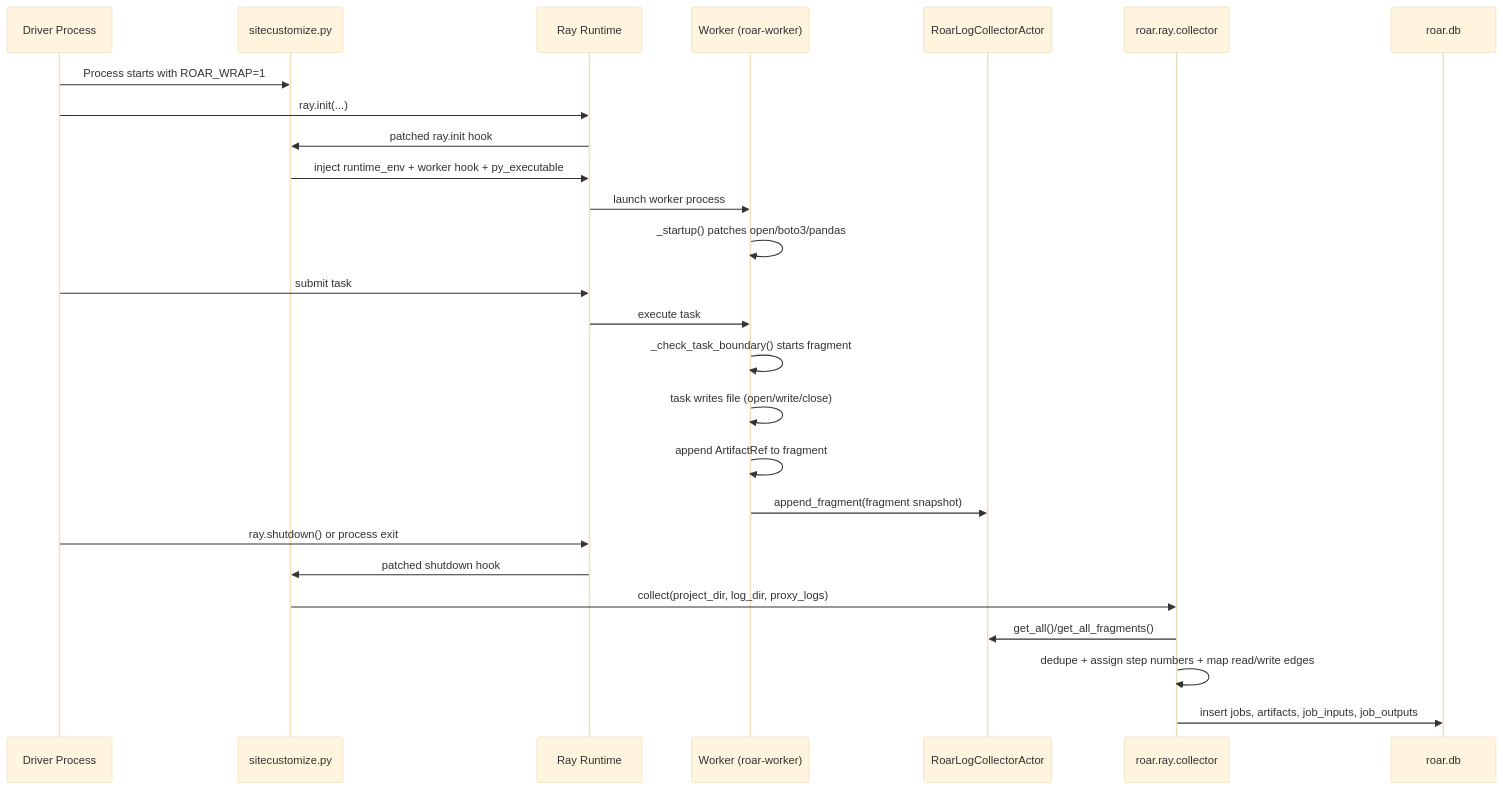
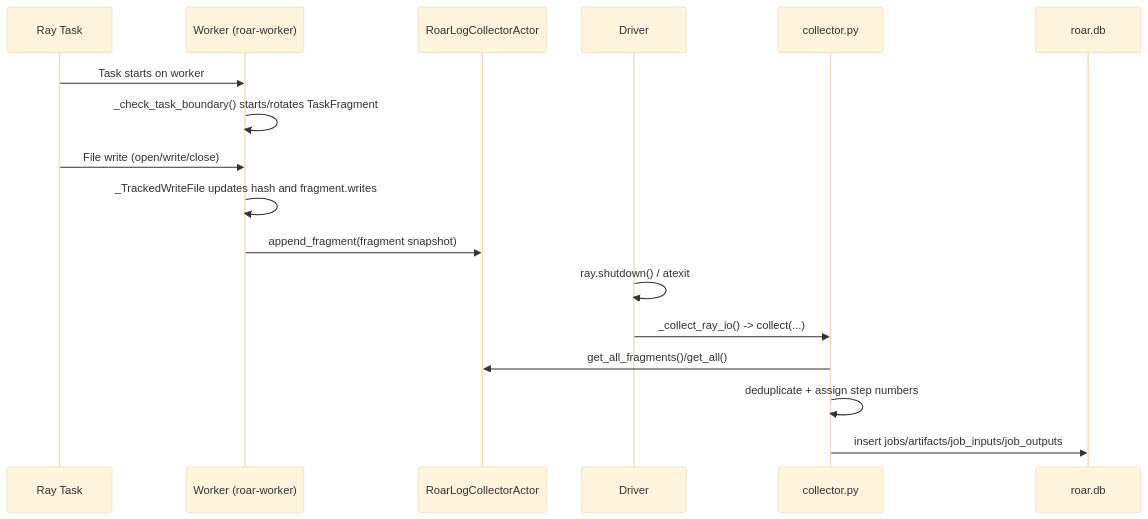
Before and after one commit to treqs/roar: the second of 2 diagrams in docs/developer/ray-integration.md, drawn with Mermaid (base theme). The commit also changed other lines of this file and 1 other file, not shown here.

Commit message:
docs: add developer and end-user documentation for Ray integration

````diff
--- a/docs/developer/ray-integration.md
+++ b/docs/developer/ray-integration.md
@@ -138,31 +140,20 @@
 ```mermaid
 sequenceDiagram
-    participant D as Driver Process
-    participant S as sitecustomize.py
-    participant R as Ray Runtime
+    participant T as Ray Task
     participant W as Worker (roar-worker)
     participant A as RoarLogCollectorActor
-    participant C as roar.ray.collector
+    participant D as Driver
+    participant C as collector.py
     participant DB as roar.db
 
-    D->>S: Process starts with ROAR_WRAP=1
-    D->>R: ray.init(...)
-    R->>S: patched ray.init hook
-    S->>R: inject runtime_env + worker hook + py_executable
-    R->>W: launch worker process
-    W->>W: _startup() patches open/boto3/pandas
-
-    D->>R: submit task
-    R->>W: execute task
-    W->>W: _check_task_boundary() starts fragment
-    W->>W: task writes file (open/write/close)
-    W->>W: append ArtifactRef to fragment
+    T->>W: Task starts on worker
+    W->>W: _check_task_boundary() starts/rotates TaskFragment
+    T->>W: File write (open/write/close)
+    W->>W: _TrackedWriteFile updates hash and fragment.writes
     W->>A: append_fragment(fragment snapshot)
-
-    D->>R: ray.shutdown() or process exit
-    R->>S: patched shutdown hook
-    S->>C: collect(project_dir, log_dir, proxy_logs)
-    C->>A: get_all()/get_all_fragments()
-    C->>C: dedupe + assign step numbers + map read/write edges
-    C->>DB: insert jobs, artifacts, job_inputs, job_outputs
+    D->>D: ray.shutdown() / atexit
+    D->>C: _collect_ray_io() -> collect(...)
+    C->>A: get_all_fragments()/get_all()
+    C->>C: deduplicate + assign step numbers
+    C->>DB: insert jobs/artifacts/job_inputs/job_outputs
 ```
````
